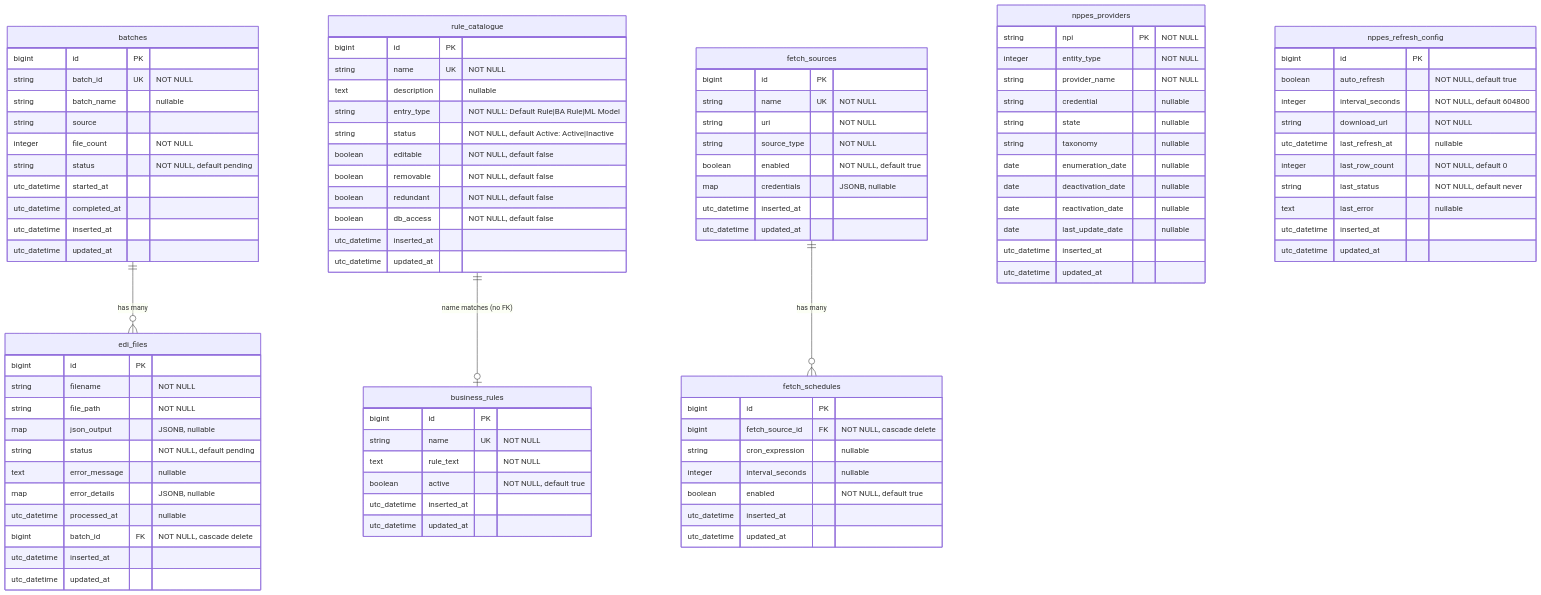
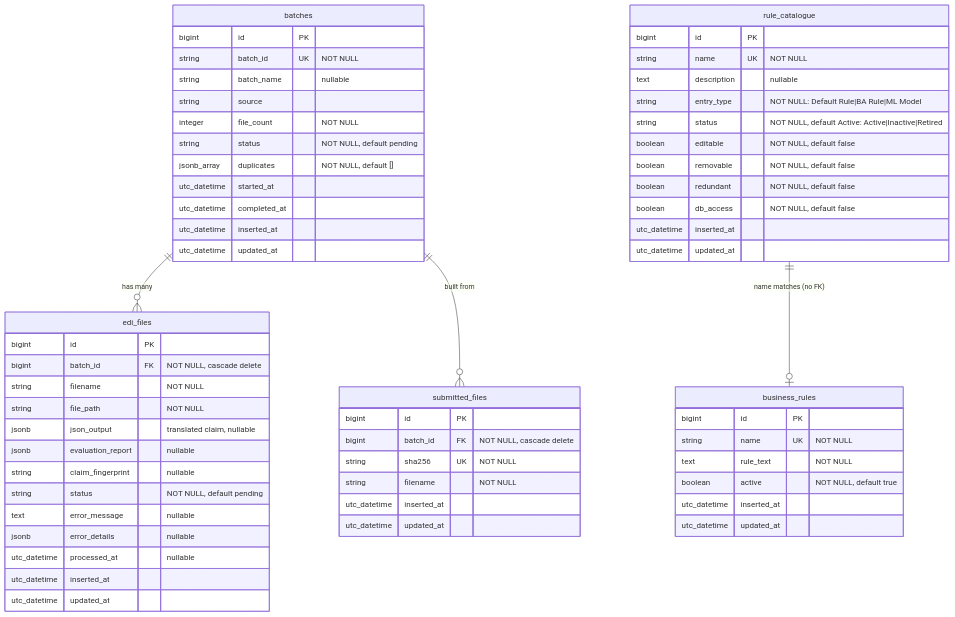
Before and after one commit to donfox/medicaid_claims_checker: the first of 3 diagrams in docs/DATABASE_ERD.md, drawn with Mermaid. The commit also changed other lines of this file and 6 other files, not shown here.

First line of the commit message:
docs: tidy the docs folder and bring the schema diagram up to date

````diff
--- a/docs/DATABASE_ERD.md
+++ b/docs/DATABASE_ERD.md
@@ -7,8 +9,8 @@
 ```mermaid
 erDiagram
     batches ||--o{ edi_files : "has many"
+    batches ||--o{ submitted_files : "built from"
     rule_catalogue ||--o| business_rules : "name matches (no FK)"
-    fetch_sources ||--o{ fetch_schedules : "has many"
 
     batches {
         bigint id PK
@@ -17,6 +19,7 @@
         string source
         integer file_count "NOT NULL"
         string status "NOT NULL, default pending"
+        jsonb_array duplicates "NOT NULL, default []"
         utc_datetime started_at
         utc_datetime completed_at
         utc_datetime inserted_at
@@ -25,14 +28,25 @@
 
     edi_files {
         bigint id PK
+        bigint batch_id FK "NOT NULL, cascade delete"
         string filename "NOT NULL"
         string file_path "NOT NULL"
-        map json_output "JSONB, nullable"
+        jsonb json_output "translated claim, nullable"
+        jsonb evaluation_report "nullable"
+        string claim_fingerprint "nullable"
         string status "NOT NULL, default pending"
         text error_message "nullable"
-        map error_details "JSONB, nullable"
+        jsonb error_details "nullable"
         utc_datetime processed_at "nullable"
+        utc_datetime inserted_at
+        utc_datetime updated_at
+    }
+
+    submitted_files {
+        bigint id PK
         bigint batch_id FK "NOT NULL, cascade delete"
+        string sha256 UK "NOT NULL"
+        string filename "NOT NULL"
         utc_datetime inserted_at
         utc_datetime updated_at
     }
@@ -42,7 +56,7 @@
         string name UK "NOT NULL"
         text description "nullable"
         string entry_type "NOT NULL: Default Rule|BA Rule|ML Model"
-        string status "NOT NULL, default Active: Active|Inactive"
+        string status "NOT NULL, default Active: Active|Inactive|Retired"
         boolean editable "NOT NULL, default false"
         boolean removable "NOT NULL, default false"
         boolean redundant "NOT NULL, default false"
@@ -59,53 +73,4 @@
         utc_datetime inserted_at
         utc_datetime updated_at
     }
-
-    nppes_providers {
-        string npi PK "NOT NULL"
-        integer entity_type "NOT NULL"
-        string provider_name "NOT NULL"
-        string credential "nullable"
-        string state "nullable"
-        string taxonomy "nullable"
-        date enumeration_date "nullable"
-        date deactivation_date "nullable"
-        date reactivation_date "nullable"
-        date last_update_date "nullable"
-        utc_datetime inserted_at
-        utc_datetime updated_at
-    }
-
-    fetch_sources {
-        bigint id PK
-        string name UK "NOT NULL"
-        string uri "NOT NULL"
-        string source_type "NOT NULL"
-        boolean enabled "NOT NULL, default true"
-        map credentials "JSONB, nullable"
-        utc_datetime inserted_at
-        utc_datetime updated_at
-    }
-
-    fetch_schedules {
-        bigint id PK
-        bigint fetch_source_id FK "NOT NULL, cascade delete"
-        string cron_expression "nullable"
-        integer interval_seconds "nullable"
-        boolean enabled "NOT NULL, default true"
-        utc_datetime inserted_at
-        utc_datetime updated_at
-    }
-
-    nppes_refresh_config {
-        bigint id PK
-        boolean auto_refresh "NOT NULL, default true"
-        integer interval_seconds "NOT NULL, default 604800"
-        string download_url "NOT NULL"
-        utc_datetime last_refresh_at "nullable"
-        integer last_row_count "NOT NULL, default 0"
-        string last_status "NOT NULL, default never"
-        text last_error "nullable"
-        utc_datetime inserted_at
-        utc_datetime updated_at
-    }
 ```
````
